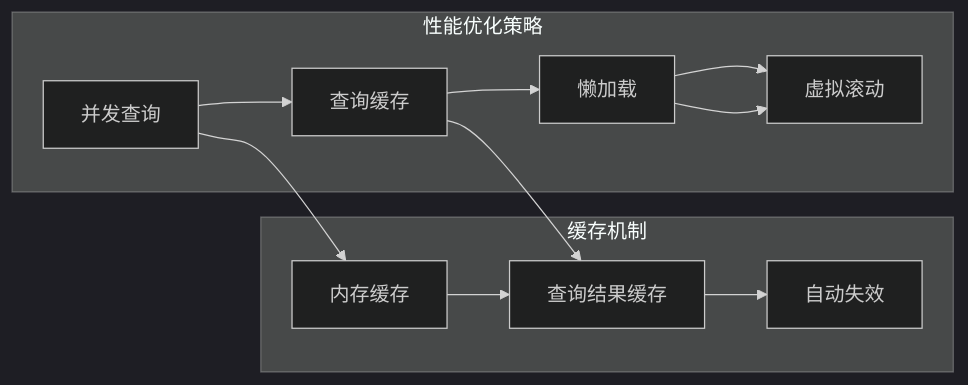
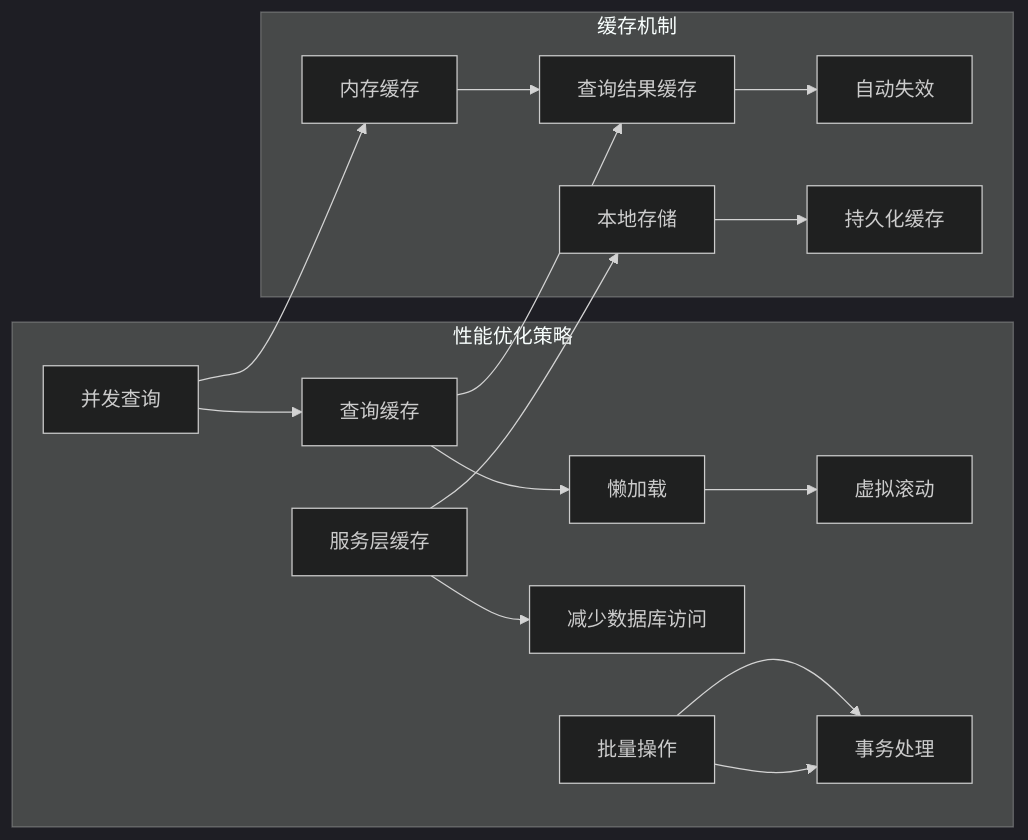
Before and after one commit to xiao-lin-unit/yuan: diagram 19 of 19 in .qoder/repowiki/zh/content/资产管理/资产总览.md, drawn with Mermaid (dark theme). The commit also changed other lines of this file and 21 other files, not shown here.

````diff
--- a/.qoder/repowiki/zh/content/资产管理/资产总览.md
+++ b/.qoder/repowiki/zh/content/资产管理/资产总览.md
@@ -616,15 +892,19 @@
 ```mermaid
 flowchart LR
 subgraph "性能优化策略"
 A[并发查询] --> B[查询缓存]
 B --> C[懒加载]
 C --> D[虚拟滚动]
+E[服务层缓存] --> F[减少数据库访问]
+G[批量操作] --> H[事务处理]
 end
 subgraph "缓存机制"
-E[内存缓存] --> F[查询结果缓存]
-F --> G[自动失效]
+I[内存缓存] --> J[查询结果缓存]
+J --> K[自动失效]
+L[本地存储] --> M[持久化缓存]
 end
-A --> E
-B --> F
-C --> D
+A --> I
+B --> J
+E --> L
+G --> H
 ```
````
